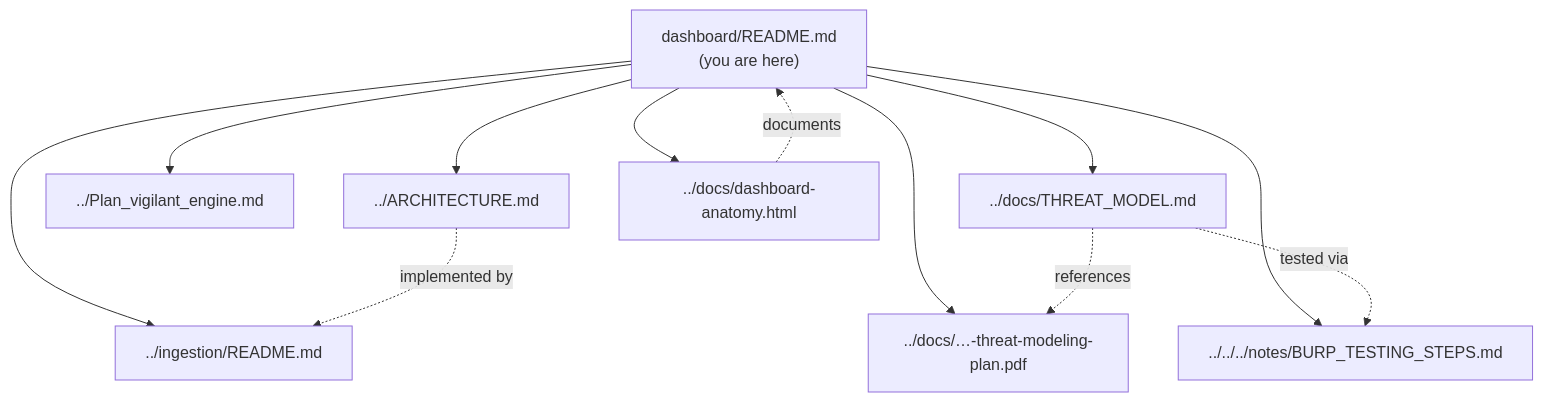
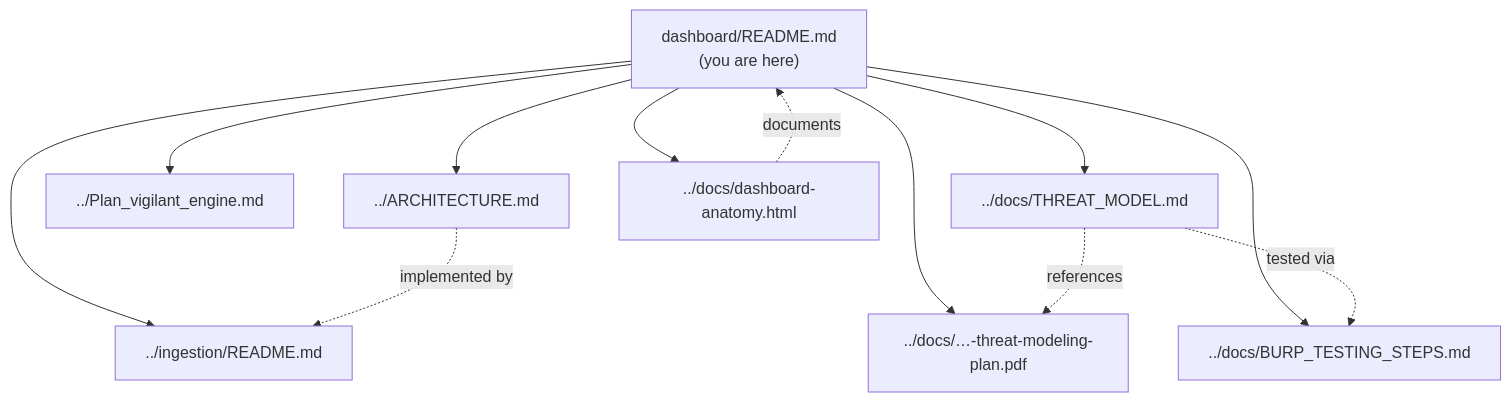
Before and after one commit to creativecoder10/vigilant-engine: the diagram in dashboard/README.md, drawn with Mermaid. The commit also changed other lines of this file and 5 other files, not shown here.

````diff
--- a/dashboard/README.md
+++ b/dashboard/README.md
@@ -9,24 +9,24 @@
 ```mermaid
 flowchart TD
     R["dashboard/README.md\n(you are here)"]
     ARCH["../ARCHITECTURE.md"]
     PLAN["../Plan_vigilant_engine.md"]
     TM["../docs/THREAT_MODEL.md"]
-    BURP["../../../notes/BURP_TESTING_STEPS.md"]
+    BURP["../docs/BURP_TESTING_STEPS.md"]
     TMPLAN["../docs/…-threat-modeling-plan.pdf"]
     ING["../ingestion/README.md"]
     ANAT["../docs/dashboard-anatomy.html"]
 
     R --> ARCH
     R --> PLAN
     R --> TM
     R --> BURP
     R --> TMPLAN
     R --> ING
     R --> ANAT
 
     TM -.->|references| TMPLAN
     TM -.->|tested via| BURP
     ARCH -.->|implemented by| ING
     ANAT -.->|documents| R
 ```
````
